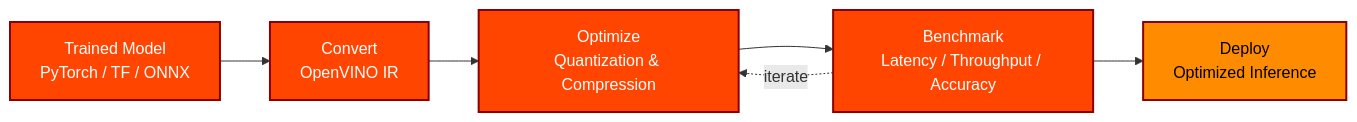
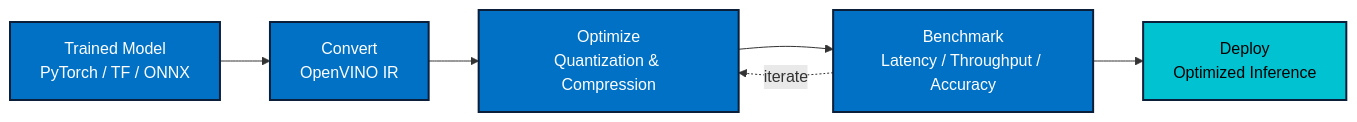
Before and after one commit to aswathh/aswathh: the first of 2 diagrams in README.md, drawn with Mermaid. The commit also changed other lines of this file, not shown here.

````diff
--- a/README.md
+++ b/README.md
@@ -48,13 +48,13 @@
 ```mermaid
 flowchart LR
     A[Trained Model<br/>PyTorch / TF / ONNX] --> B[Convert<br/>OpenVINO IR]
     B --> C[Optimize<br/>Quantization & Compression]
     C --> D[Benchmark<br/>Latency / Throughput / Accuracy]
     D --> E[Deploy<br/>Optimized Inference]
     D -.->|iterate| C
 
-    classDef s fill:#FF4500,stroke:#8B0000,color:#fff,stroke-width:2px;
-    classDef e fill:#FF8C00,stroke:#8B0000,color:#000,stroke-width:2px;
+    classDef s fill:#0071C5,stroke:#0B1F3A,color:#fff,stroke-width:2px;
+    classDef e fill:#00C2D1,stroke:#0B1F3A,color:#000,stroke-width:2px;
     class A,B,C,D s;
     class E e;
 ```
````
